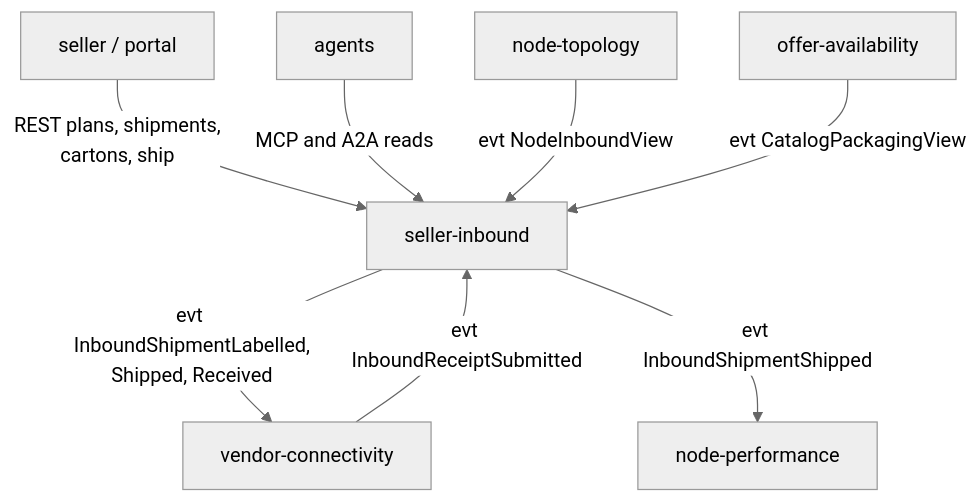
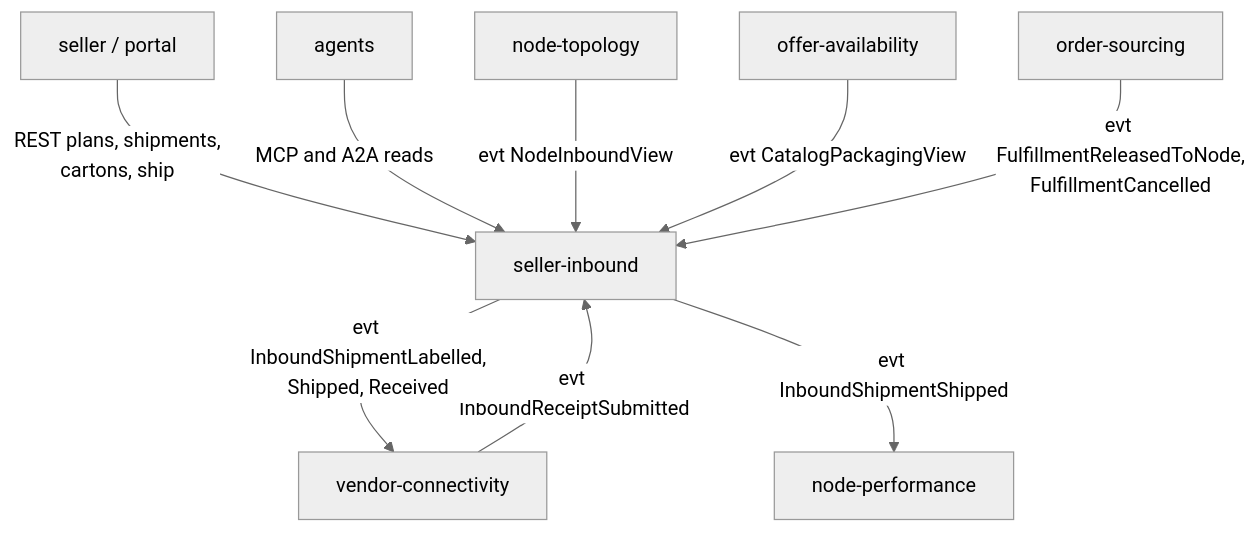
Before and after one commit to IQVO/seller-inbound: the diagram in docs/docs/ddd/bounded-context-canvas.md, drawn with Mermaid (neutral theme). The commit also changed other lines of this file, not shown here.

Commit message:
docs(canvas): list order-sourcing among the inbound producers
The inbound table of the canvas named three producers (vendor-connectivity, node-topology, offer-availability) but the sourcing consumer has run since ADR 0016 (cmd/api/wire_background.go, NewSourcingConsumer) and apis/asyncapi.yaml declares eleven types from four producers. Added the order-sourcing row (FulfillmentReleasedToNode, FulfillmentCancelled, Conformist, as the context map already says) and the diagram edge.

````diff
--- a/docs/docs/ddd/bounded-context-canvas.md
+++ b/docs/docs/ddd/bounded-context-canvas.md
@@ -13,17 +13,19 @@
 ```mermaid
 flowchart TB
     SEL["seller / portal"]
     AGT["agents"]
     NT["node-topology"]
     OA["offer-availability"]
+    OS["order-sourcing"]
     SI["seller-inbound"]
     VC["vendor-connectivity"]
     NP["node-performance"]
     SEL -->|"REST plans, shipments,<br/>cartons, ship"| SI
     AGT -->|"MCP and A2A reads"| SI
     NT -->|"evt NodeInboundView"| SI
     OA -->|"evt CatalogPackagingView"| SI
+    OS -->|"evt FulfillmentReleasedToNode,<br/>FulfillmentCancelled"| SI
     VC -->|"evt InboundReceiptSubmitted"| SI
     SI -->|"evt InboundShipmentLabelled,<br/>Shipped, Received"| VC
     SI -->|"evt InboundShipmentShipped"| NP
 ```
````
